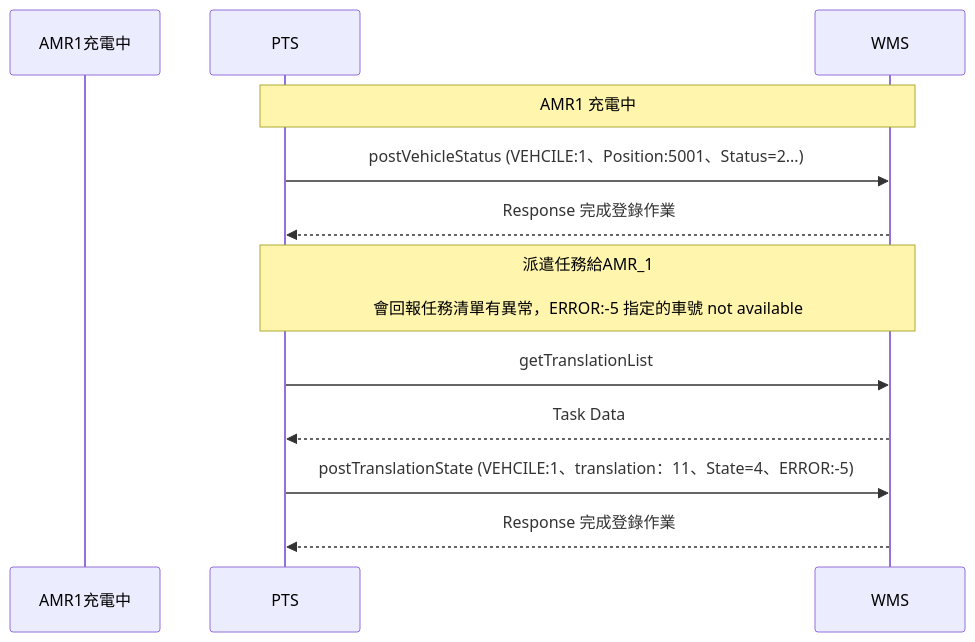
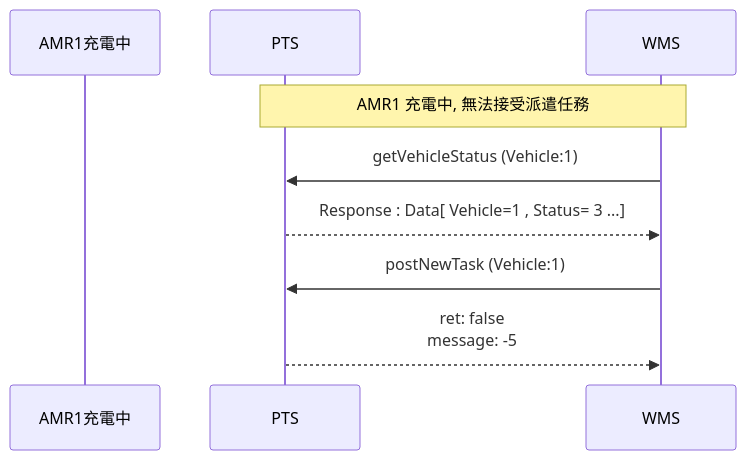
Before and after one commit to athena-tircgo/amr-wms-lsj: the ninth of 9 diagrams in README.md, drawn with Mermaid.

````diff
--- a/README.md
+++ b/README.md
@@ -473,18 +473,15 @@
 ```mermaid
 sequenceDiagram
     participant AMR1充電中
     participant PTS
     participant WMS
 
-note over PTS,WMS: AMR1 充電中
-     PTS->>WMS: postVehicleStatus (VEHCILE:1、Position:5001、Status=2...)
-     WMS-->>PTS:Response 完成登錄作業
+note over PTS,WMS: AMR1 充電中, 無法接受派遣任務
 
-note over PTS,WMS:派遣任務給AMR_1<br><br>會回報任務清單有異常，ERROR:-5 指定的車號 not available
-     PTS->>WMS: getTranslationList
-     WMS-->>PTS: Task Data
-     PTS->>WMS: postTranslationState (VEHCILE:1、translation：11、State=4、ERROR:-5)
-     WMS-->>PTS:Response 完成登錄作業
+     WMS->>PTS:getVehicleStatus (Vehicle:1)
+     PTS-->>WMS : Response :  Data[ Vehicle=1 , Status= 3  ...]
 
+     WMS->>PTS: postNewTask (Vehicle:1)
+     PTS-->>WMS : ret: false <br> message: -5
 
 ```
````
